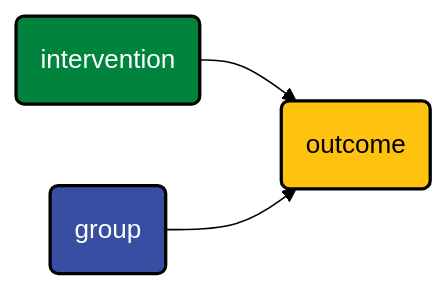
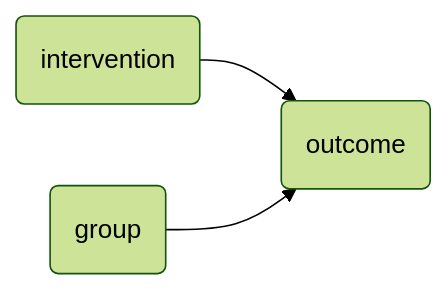
Before and after one commit to agrogan1/closeread: the second of 2 diagrams in be-less-wrong/be-less-wrong.qmd, drawn with Mermaid (forest theme). The commit also changed other lines of this file and 2 other files, not shown here.

````diff
--- a/be-less-wrong/be-less-wrong.qmd
+++ b/be-less-wrong/be-less-wrong.qmd
@@ -233,17 +233,17 @@
 ```{mermaid}
 flowchart LR
 
   classDef yellow fill:#FFC20E,stroke:#000000,stroke-width:2px,color:#000000;
   
   classDef blue fill:#374EA2,stroke:#000000,stroke-width:2px,color:#FFFFFF;
   
   classDef green fill:#00833D,stroke:#000000,stroke-width:2px,color:#FFFFFF;
   
   classDef orange fill:#D86018,stroke:#000000,stroke-width:2px,color:#FFFFFF;
   
   classDef red fill:#9A3324,stroke:#000000,stroke-width:2px,color:#FFFFFF;
 
-  intervention(intervention):::green --> outcome(outcome):::yellow
+  intervention(intervention) --> outcome(outcome)
 
-  group(group):::blue --> outcome(outcome)
+  group(group) --> outcome(outcome)
 ```
````
